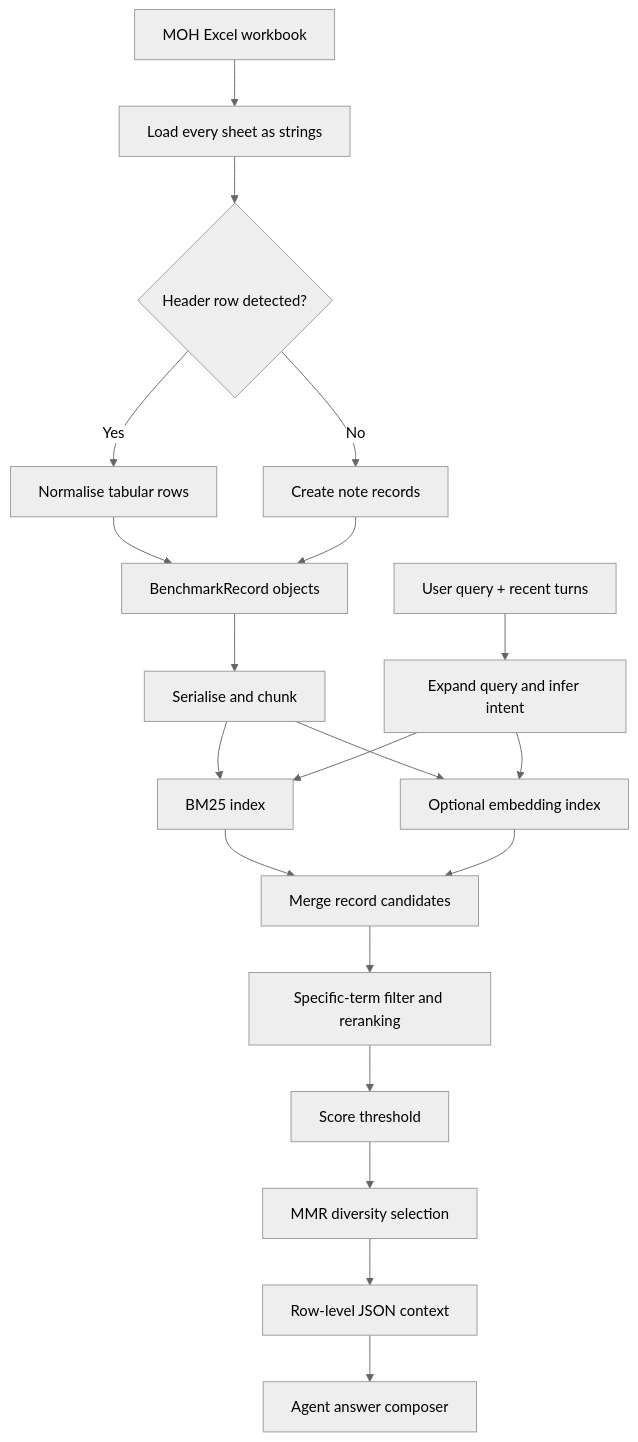
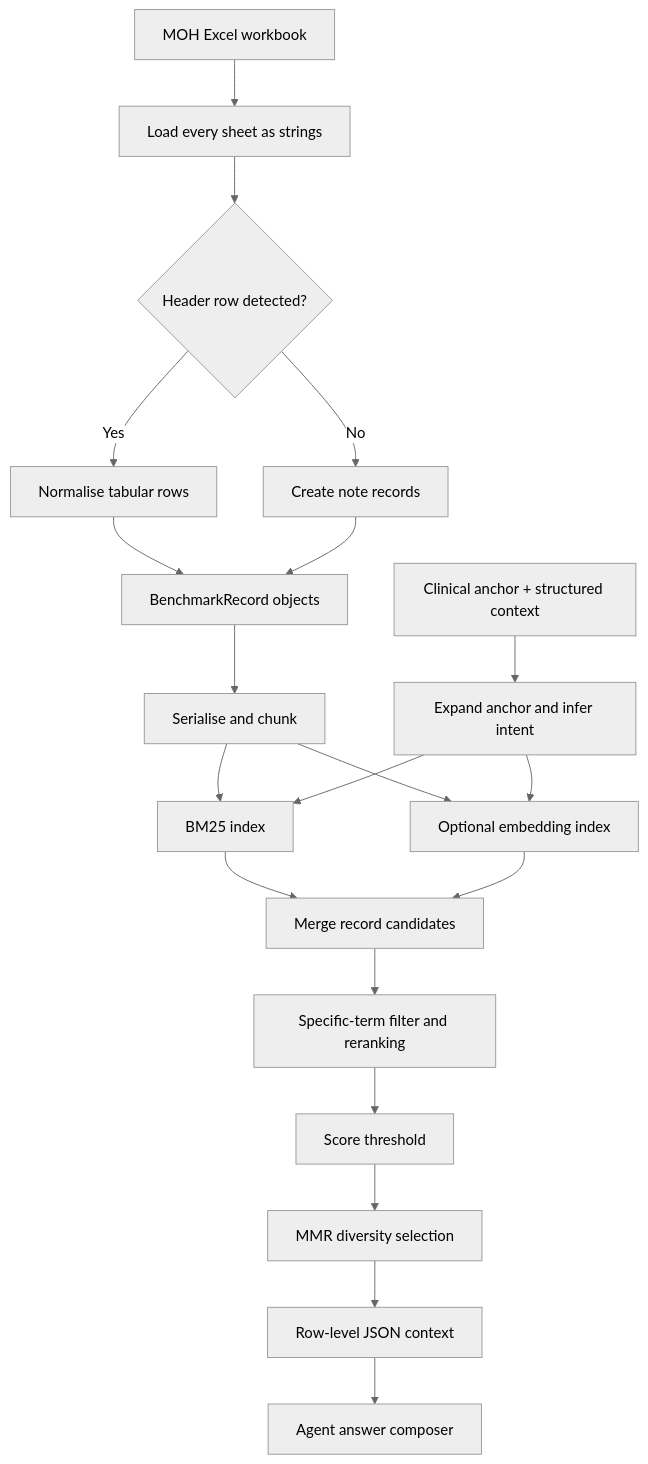
One commit to chawwl/CareCost-Navigator changed the second of 2 diagrams in docs/HOW_THE_APP_WORKS.md. Above: the diagram before and after it, drawn with Mermaid (neutral theme). The commit also changed other lines of this file and 10 other files, not shown here.

````diff
--- a/docs/HOW_THE_APP_WORKS.md
+++ b/docs/HOW_THE_APP_WORKS.md
@@ -303,23 +303,23 @@
 ```mermaid
 flowchart TD
     X[MOH Excel workbook] --> L[Load every sheet as strings]
     L --> H{Header row detected?}
     H -->|Yes| T[Normalise tabular rows]
     H -->|No| N[Create note records]
     T --> D[BenchmarkRecord objects]
     N --> D
     D --> C[Serialise and chunk]
     C --> B[BM25 index]
     C --> V[Optional embedding index]
 
-    Q[User query + recent turns] --> E[Expand query and infer intent]
+    Q[Clinical anchor + structured context] --> E[Expand anchor and infer intent]
     E --> B
     E --> V
     B --> M[Merge record candidates]
     V --> M
     M --> F[Specific-term filter and reranking]
     F --> TH[Score threshold]
     TH --> MMR[MMR diversity selection]
     MMR --> CTX[Row-level JSON context]
     CTX --> A[Agent answer composer]
 ```
````
